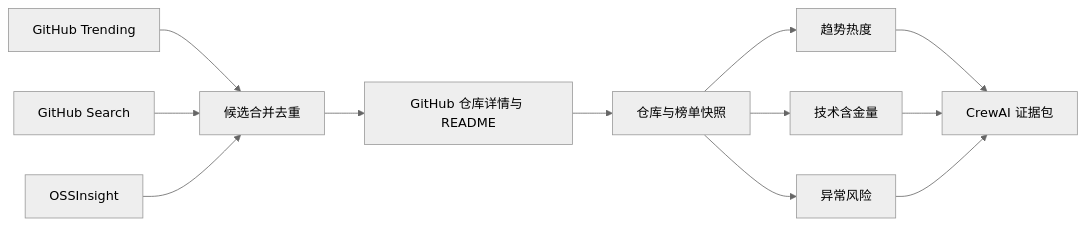
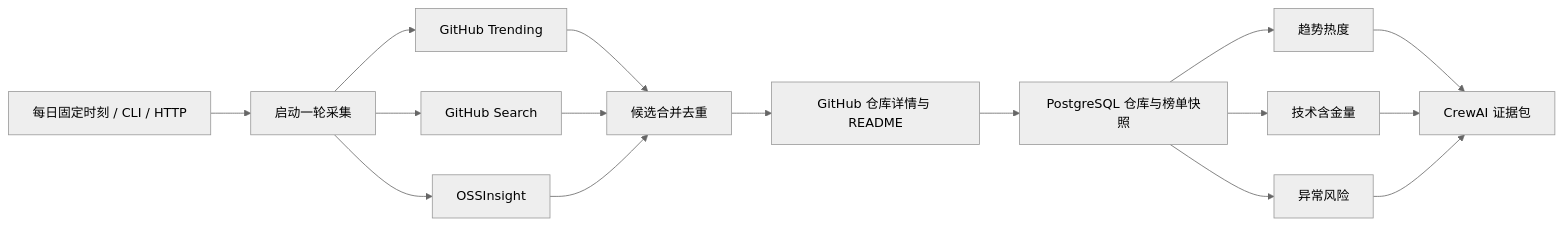
Before and after one commit to AmorErwanc/github-trend-intelligence: the diagram in docs/workflow.md, drawn with Mermaid (neutral theme). The commit also changed other lines of this file and 29 other files, not shown here.

Commit message:
功能（云端）：迁移 PostgreSQL 并补齐接口与定时部署

````diff
--- a/docs/workflow.md
+++ b/docs/workflow.md
@@ -3,14 +3,18 @@
 ```mermaid
 flowchart LR
-  A[GitHub Trending] --> D[候选合并去重]
-  B[GitHub Search] --> D
-  C[OSSInsight] --> D
-  D --> E[GitHub 仓库详情与 README]
-  E --> F[仓库与榜单快照]
-  F --> G[趋势热度]
-  F --> H[技术含金量]
-  F --> I[异常风险]
-  G --> J[CrewAI 证据包]
-  H --> J
-  I --> J
+  T[每日固定时刻 / CLI / HTTP] --> A[启动一轮采集]
+  A --> B[GitHub Trending]
+  A --> C[GitHub Search]
+  A --> D[OSSInsight]
+  B --> E[候选合并去重]
+  C --> E
+  D --> E
+  E --> F[GitHub 仓库详情与 README]
+  F --> G[PostgreSQL 仓库与榜单快照]
+  G --> H[趋势热度]
+  G --> I[技术含金量]
+  G --> J[异常风险]
+  H --> K[CrewAI 证据包]
+  I --> K
+  J --> K
 ```
````
